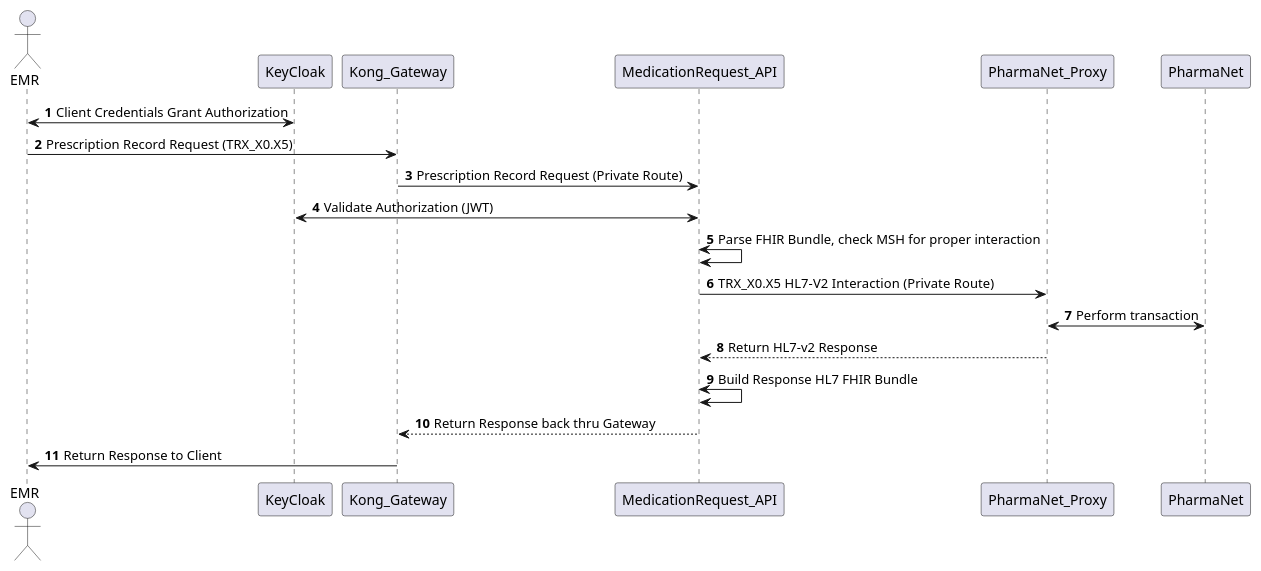
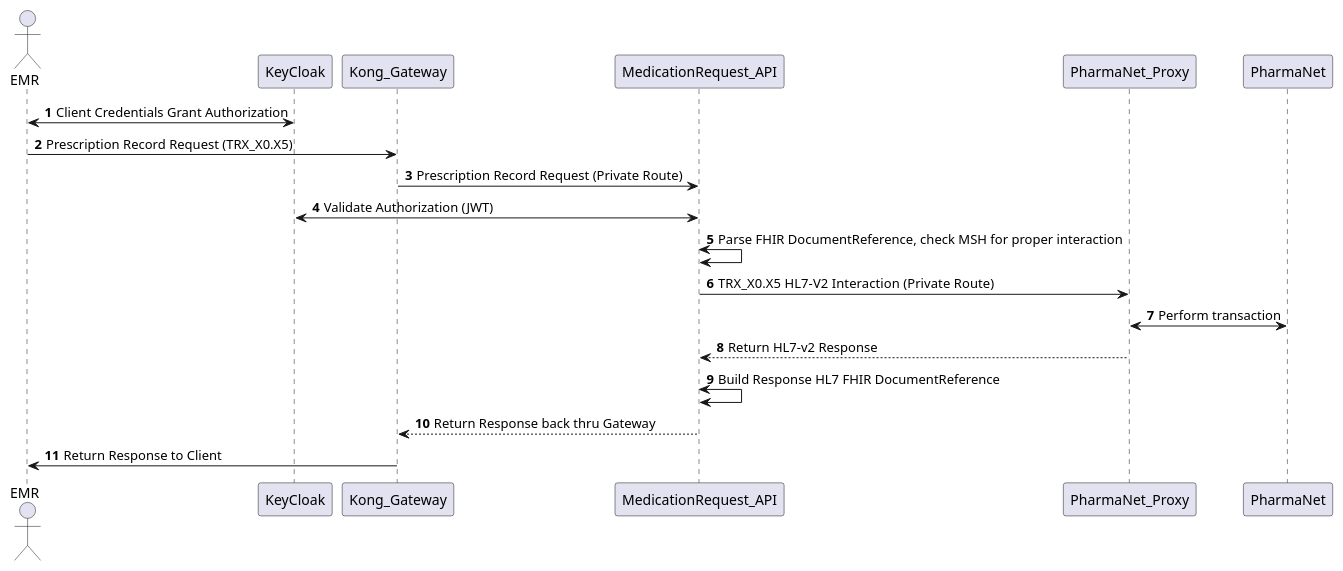
Before and after one commit to bcgov/moh-eRx: the diagram in docs/diagrams/src/PNet_API_Flow.puml, drawn with PlantUML. The commit also changed 7 other files, not shown here.

```diff
--- a/docs/diagrams/src/PNet_API_Flow.puml
+++ b/docs/diagrams/src/PNet_API_Flow.puml
@@ -1,15 +1,15 @@
 @startuml PNet_API_Flow
 autonumber
     actor EMR
     EMR <-> KeyCloak : Client Credentials Grant Authorization
     EMR -> Kong_Gateway : Prescription Record Request (TRX_X0.X5)
     Kong_Gateway -> MedicationRequest_API : Prescription Record Request (Private Route)
     MedicationRequest_API <-> KeyCloak : Validate Authorization (JWT)
-    MedicationRequest_API <-> MedicationRequest_API : Parse FHIR Bundle, check MSH for proper interaction
+    MedicationRequest_API <-> MedicationRequest_API : Parse FHIR DocumentReference, check MSH for proper interaction
     MedicationRequest_API -> PharmaNet_Proxy : TRX_X0.X5 HL7-V2 Interaction  (Private Route)
     PharmaNet_Proxy <-> PharmaNet : Perform transaction
     MedicationRequest_API <-- PharmaNet_Proxy : Return HL7-v2 Response
-    MedicationRequest_API <-> MedicationRequest_API : Build Response HL7 FHIR Bundle
+    MedicationRequest_API <-> MedicationRequest_API : Build Response HL7 FHIR DocumentReference
     Kong_Gateway <-- MedicationRequest_API : Return Response back thru Gateway
     EMR <- Kong_Gateway : Return Response to Client
 @enduml
```
